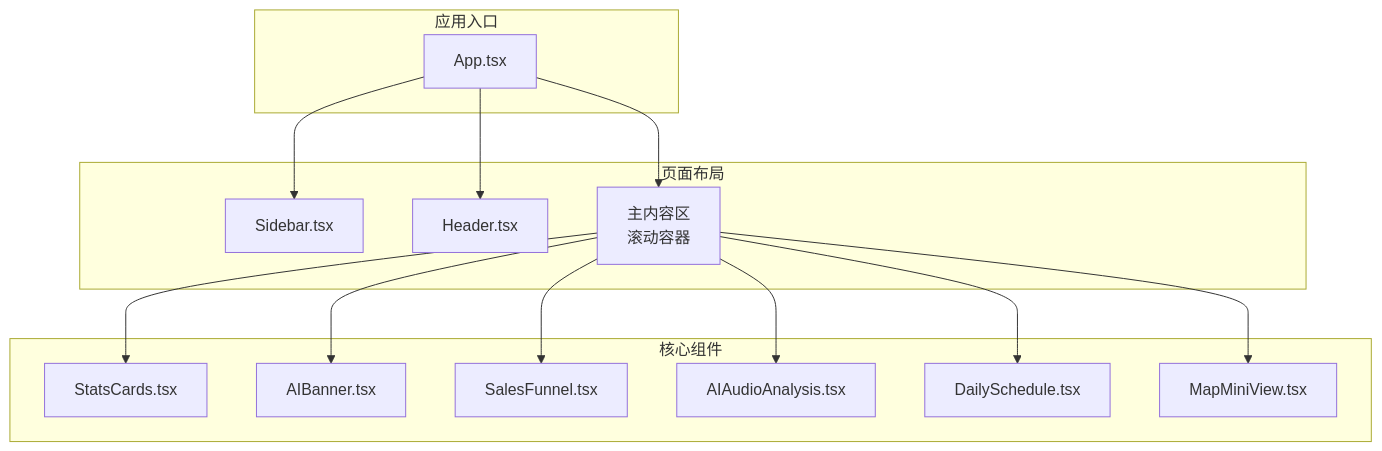
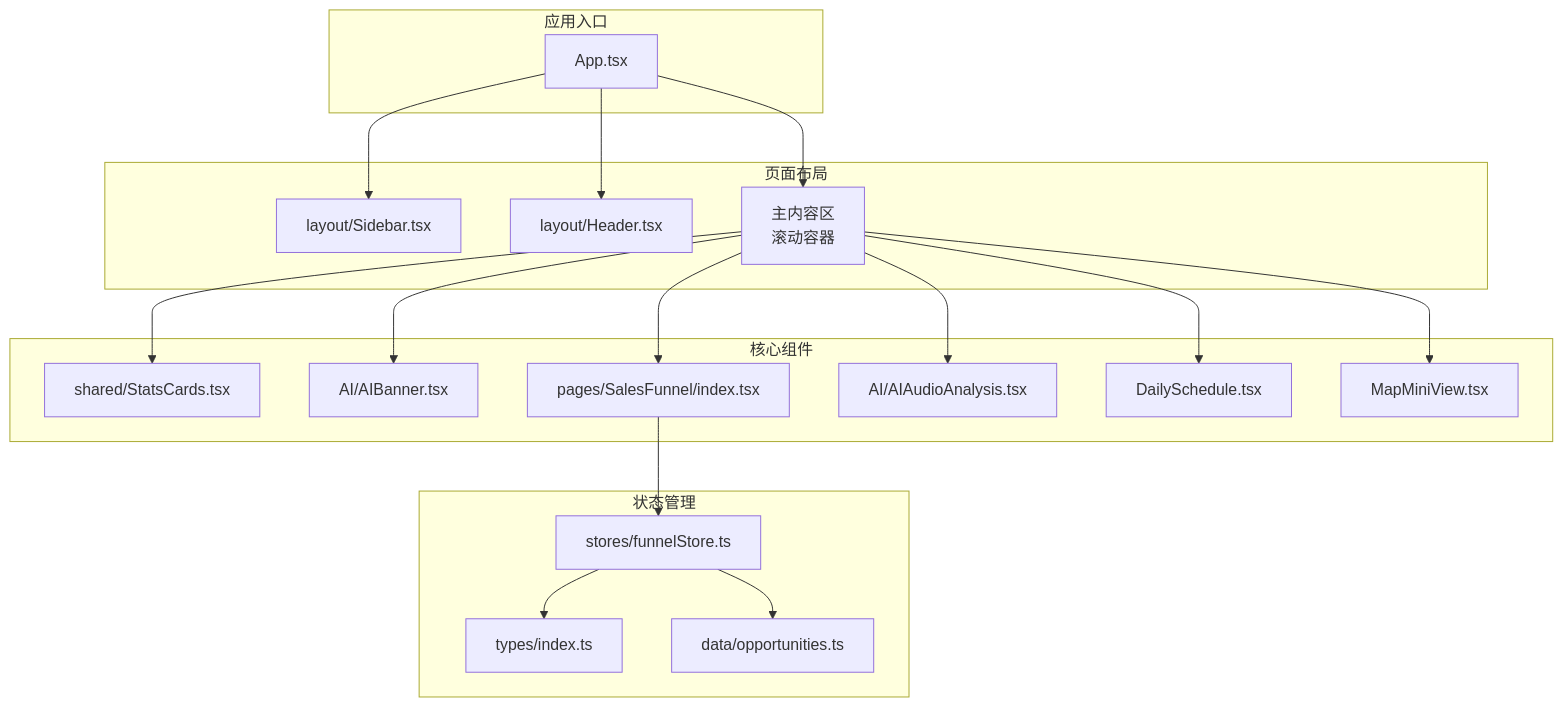
Before and after one commit to xianjianshenqu/SalesFlow-CRM: the first of 3 diagrams in .qoder/repowiki/zh/content/UI_UX设计/组件库规范/组件库规范.md, drawn with Mermaid. The commit also changed other lines of this file and 25 other files, not shown here.

````diff
--- a/.qoder/repowiki/zh/content/UI_UX设计/组件库规范/组件库规范.md
+++ b/.qoder/repowiki/zh/content/UI_UX设计/组件库规范/组件库规范.md
@@ -36,28 +50,36 @@
 ```mermaid
 graph TB
 subgraph "应用入口"
 APP["App.tsx"]
 end
 subgraph "页面布局"
-SIDEBAR["Sidebar.tsx"]
-HEADER["Header.tsx"]
+SIDEBAR["layout/Sidebar.tsx"]
+HEADER["layout/Header.tsx"]
 MAIN["主内容区<br/>滚动容器"]
 end
 subgraph "核心组件"
-STATS["StatsCards.tsx"]
-BANNER["AIBanner.tsx"]
-FUNNEL["SalesFunnel.tsx"]
-AUDIO["AIAudioAnalysis.tsx"]
+STATS["shared/StatsCards.tsx"]
+BANNER["AI/AIBanner.tsx"]
+FUNNEL["pages/SalesFunnel/index.tsx"]
+AUDIO["AI/AIAudioAnalysis.tsx"]
 SCHEDULE["DailySchedule.tsx"]
 MAP["MapMiniView.tsx"]
+end
+subgraph "状态管理"
+STORE["stores/funnelStore.ts"]
+TYPES["types/index.ts"]
+DATA["data/opportunities.ts"]
 end
 APP --> SIDEBAR
 APP --> HEADER
 APP --> MAIN
 MAIN --> STATS
 MAIN --> BANNER
 MAIN --> FUNNEL
 MAIN --> AUDIO
 MAIN --> SCHEDULE
 MAIN --> MAP
+FUNNEL --> STORE
+STORE --> TYPES
+STORE --> DATA
 ```
````
